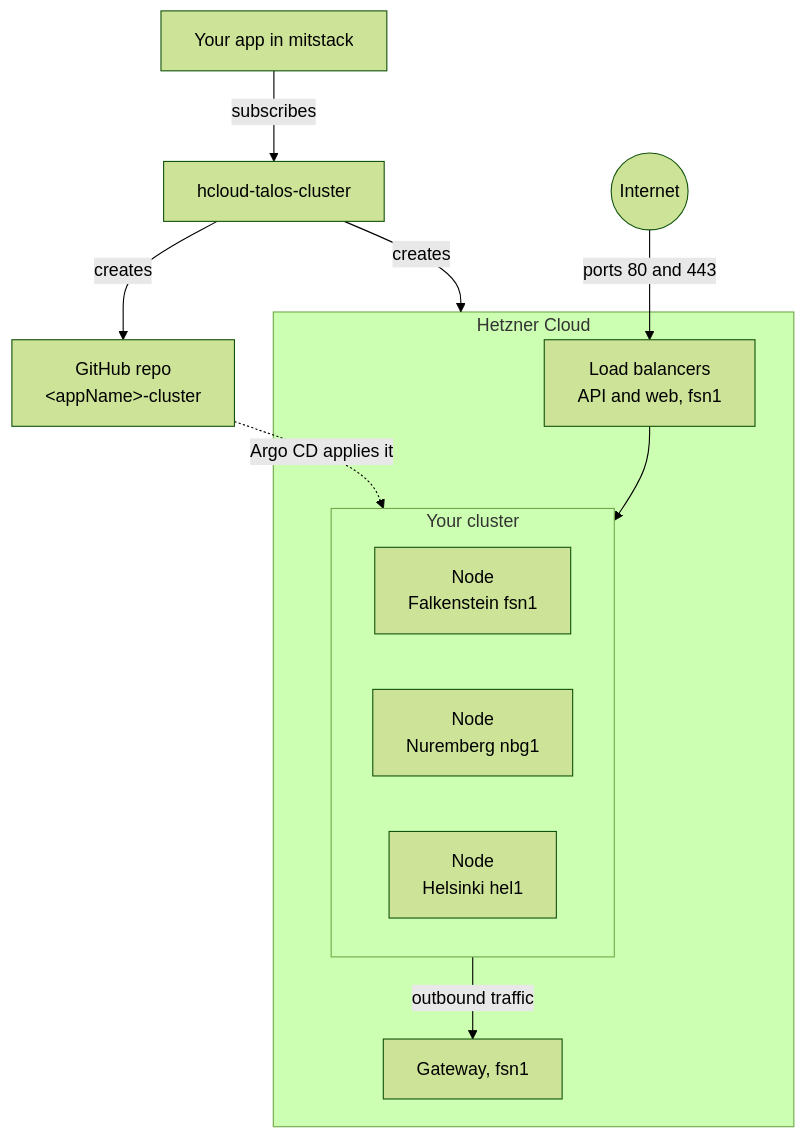
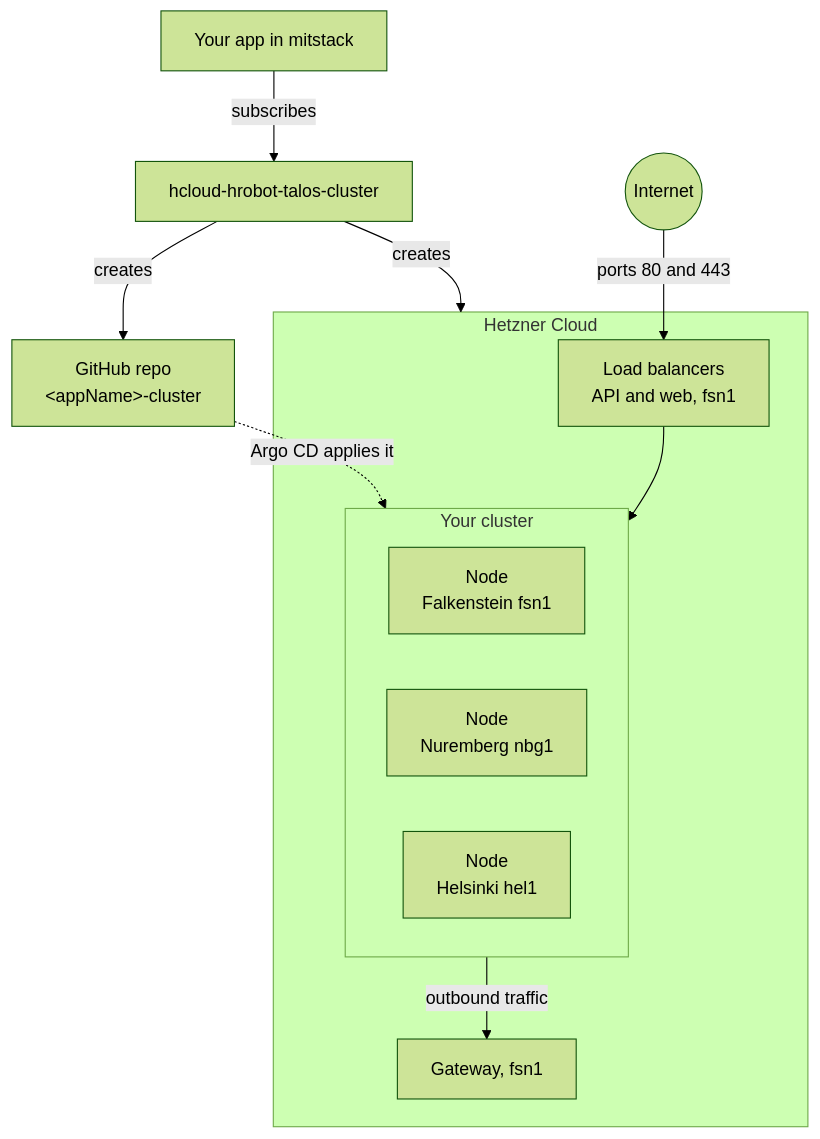
One commit to mitstack-eu/hcloud-hrobot-talos-cluster changed the first of 2 diagrams in README.md. Above: the diagram before and after it, drawn with Mermaid (forest theme). The commit also changed other lines of this file and 31 other files, not shown here.

First line of the commit message:
MIT-5381: hcloud-hrobot-talos-cluster 0.1.0 is hcloud-talos-cluster under its own name, built on block-kit v0.5.1 (#1)

````diff
--- a/README.md
+++ b/README.md
@@ -11,20 +21,20 @@
 ```mermaid
 flowchart TD
-    app["Your app in mitstack"] -- "subscribes" --> block["hcloud-talos-cluster"]
+    app["Your app in mitstack"] -- "subscribes" --> block["hcloud-hrobot-talos-cluster"]
     block -- "creates" --> repo["GitHub repo<br/>#lt;appName#gt;-cluster"]
     block -- "creates" --> hetzner
     subgraph hetzner["Hetzner Cloud"]
         lb["Load balancers<br/>API and web, fsn1"]
         subgraph cluster["Your cluster"]
             direction LR
             n1["Node<br/>Falkenstein fsn1"]
             n2["Node<br/>Nuremberg nbg1"]
             n3["Node<br/>Helsinki hel1"]
         end
         gw["Gateway, fsn1"]
     end
     web(("Internet")) -- "ports 80 and 443" --> lb
     lb --> cluster
     cluster -- "outbound traffic" --> gw
     repo -. "Argo CD applies it" .-> cluster
 ```
````
